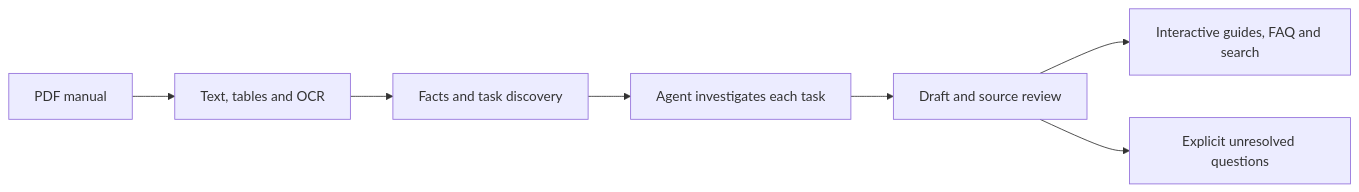
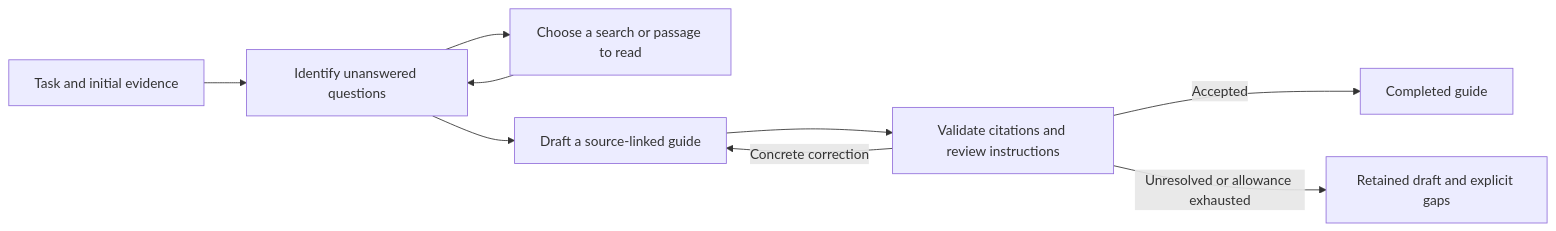
One commit to stochasticrobot/ManualAssist changed the diagram in README.md. Above: the diagram before and after it, drawn with Mermaid. The commit also changed other lines of this file and 9 other files, not shown here.

````diff
--- a/README.md
+++ b/README.md
@@ -59,9 +37,11 @@
 ```mermaid
 flowchart LR
-    A[PDF manual] --> B[Text, tables and OCR]
-    B --> C[Facts and task discovery]
-    C --> D[Agent investigates each task]
-    D --> E[Draft and source review]
-    E --> F[Interactive guides, FAQ and search]
-    E --> G[Explicit unresolved questions]
+    A[Task and initial evidence] --> B[Identify unanswered questions]
+    B --> C[Choose a search or passage to read]
+    C --> B
+    B --> D[Draft a source-linked guide]
+    D --> E[Validate citations and review instructions]
+    E -->|Concrete correction| D
+    E -->|Accepted| F[Completed guide]
+    E -->|Unresolved or allowance exhausted| G[Retained draft and explicit gaps]
 ```
````
